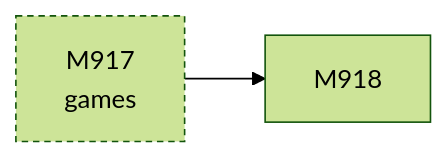
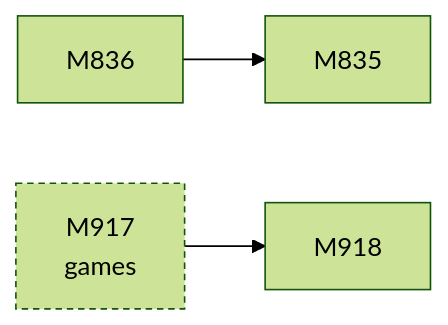
One commit to D-Ogi/amdgpu-wddm changed the fourth of 4 diagrams in docs/facts/graphs/kmd.md. Above: the diagram before and after it, drawn with Mermaid (forest theme). The commit also changed other lines of this file and 25 other files, not shown here.

````diff
--- a/docs/facts/graphs/kmd.md
+++ b/docs/facts/graphs/kmd.md
@@ -345,8 +347,11 @@
 ```mermaid
 flowchart LR
+  M835["M835"]
+  M836["M836"]
   M917["M917<br/>games"]
   M918["M918"]
+  M836 --> M835
   M917 --> M918
   classDef other stroke-dasharray:4 3
   class M917 other
 ```
````
